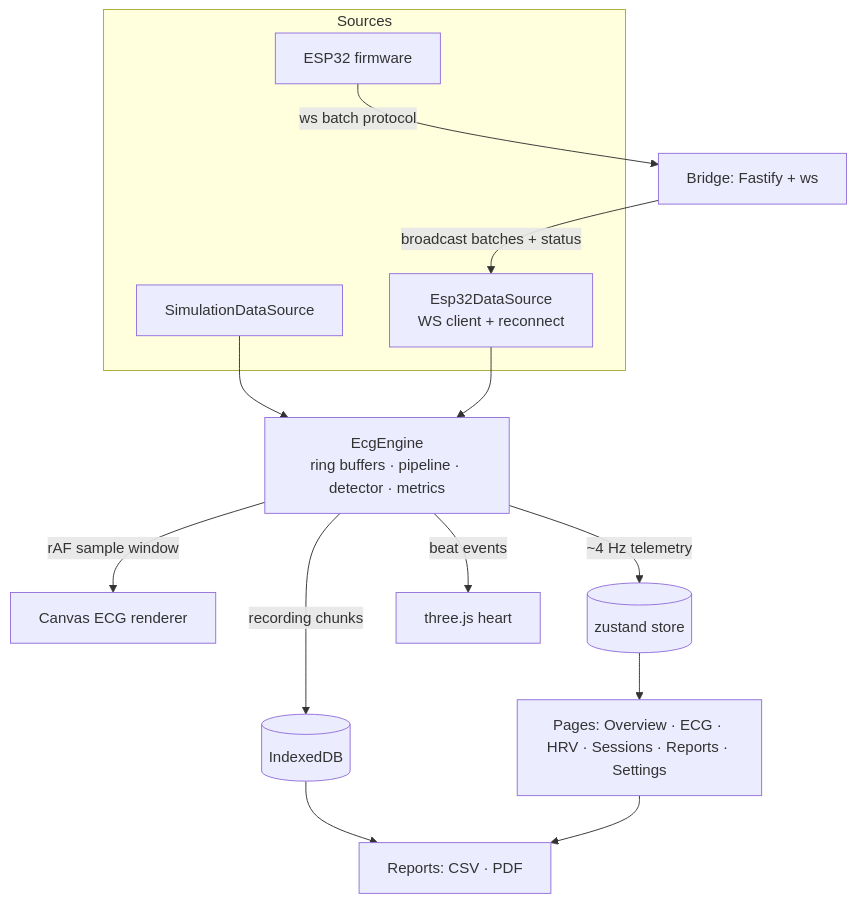
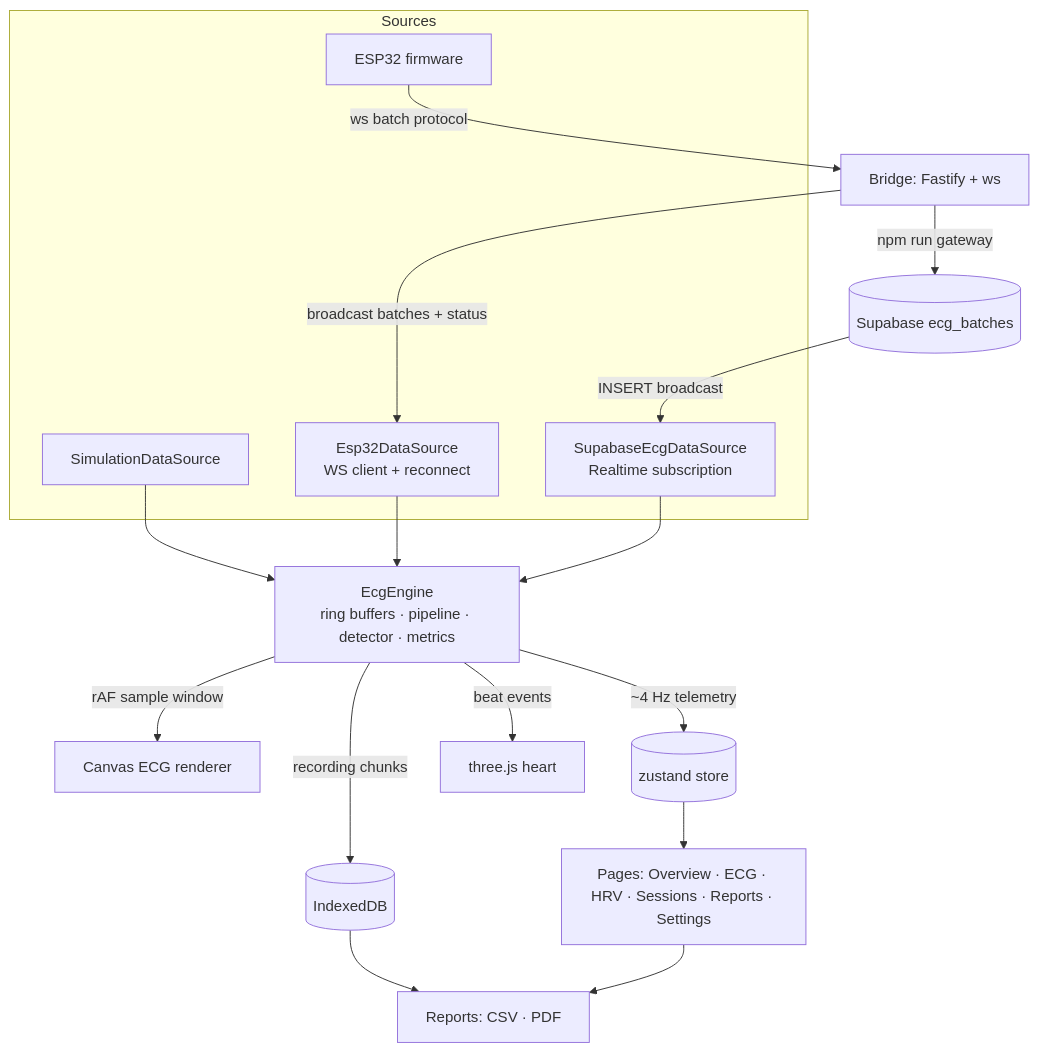
Before and after one commit to gunaanand08/VITALsense1: the first of 2 diagrams in docs/SYSTEM_ARCHITECTURE.md, drawn with Mermaid. The commit also changed other lines of this file and 15 other files, not shown here.

First line of the commit message:
Add Supabase as the hosted ECG transport so the dashboard runs on Vercel without the local bridge.

````diff
--- a/docs/SYSTEM_ARCHITECTURE.md
+++ b/docs/SYSTEM_ARCHITECTURE.md
@@ -17,19 +26,23 @@
 ```mermaid
 flowchart TB
   subgraph Sources
     SIM[SimulationDataSource]
     ESP[Esp32DataSource<br/>WS client + reconnect]
+    CLD[SupabaseEcgDataSource<br/>Realtime subscription]
     DEV[ESP32 firmware]
   end
   DEV -->|ws batch protocol| BR[Bridge: Fastify + ws]
   BR -->|broadcast batches + status| ESP
+  BR -->|npm run gateway| SB[(Supabase ecg_batches)]
+  SB -->|INSERT broadcast| CLD
   SIM --> ENG
   ESP --> ENG[EcgEngine<br/>ring buffers · pipeline · detector · metrics]
+  CLD --> ENG
   ENG -->|rAF sample window| CAN[Canvas ECG renderer]
   ENG -->|~4 Hz telemetry| ST[(zustand store)]
   ENG -->|beat events| HEART[three.js heart]
   ST --> UI[Pages: Overview · ECG · HRV · Sessions · Reports · Settings]
   ENG -->|recording chunks| DB[(IndexedDB)]
   DB --> REP[Reports: CSV · PDF]
   UI --> REP
 ```
````
